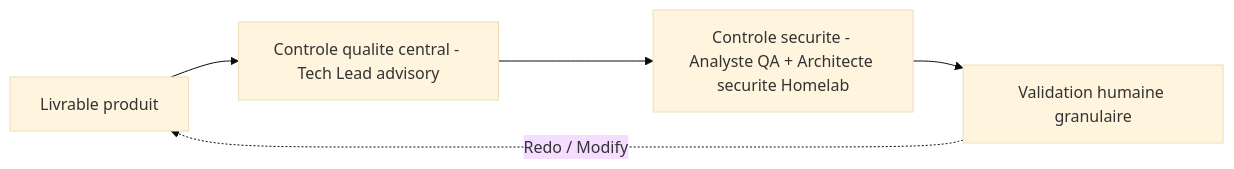
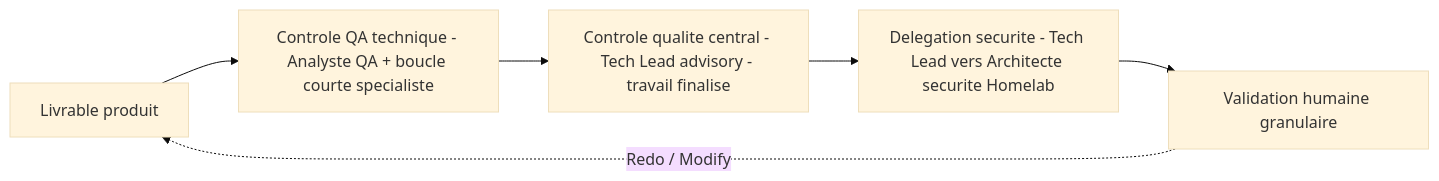
Before and after one commit to Gsyltc/homelab-portfolio: the diagram in homelab/common/protocols/reviewer.md, drawn with Mermaid (base theme). The commit also changed other lines of this file and 14 other files, not shown here.

````diff
--- a/homelab/common/protocols/reviewer.md
+++ b/homelab/common/protocols/reviewer.md
@@ -26,7 +26,8 @@
 ```mermaid
 flowchart LR
-    L[Livrable produit] --> CQ[Controle qualite central - Tech Lead advisory]
-    CQ --> RS[Controle securite - Analyste QA + Architecte securite Homelab]
-    RS --> VH[Validation humaine granulaire]
+    L[Livrable produit] --> QA[Controle QA technique - Analyste QA + boucle courte specialiste]
+    QA --> CQ[Controle qualite central - Tech Lead advisory - travail finalise]
+    CQ --> DS[Delegation securite - Tech Lead vers Architecte securite Homelab]
+    DS --> VH[Validation humaine granulaire]
     VH -.->|Redo / Modify| L
 ```
````
